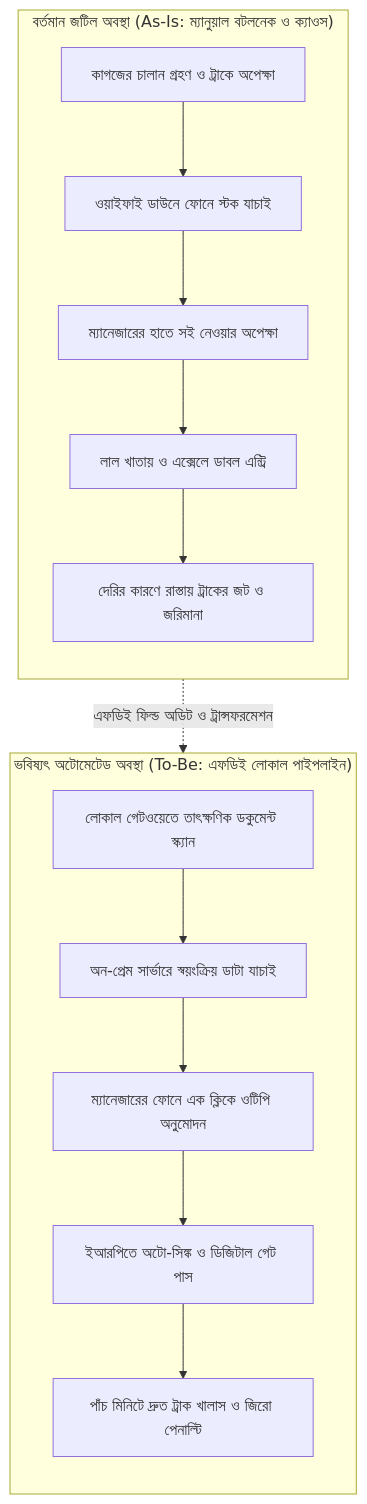
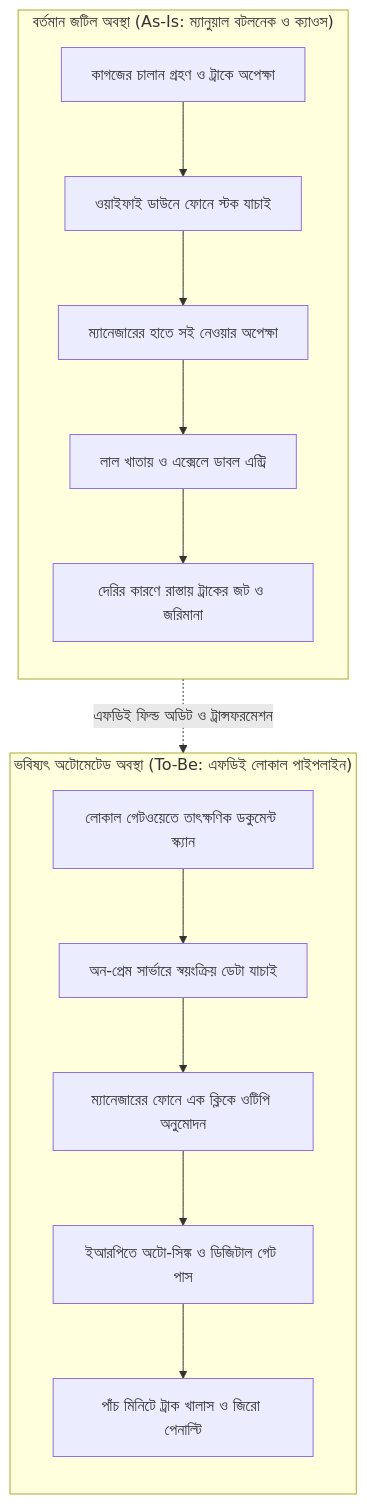
Before and after one commit to aiwithr/fde_book: the diagram in docs/chapter-1/index.md, drawn with Mermaid. The commit also changed other lines of this file and 1 other file, not shown here.

Commit message:
feat: complete Chapter 2 on local architecture and on-prem intelligence with Qwen 2.5 triage engine

````diff
--- a/docs/chapter-1/index.md
+++ b/docs/chapter-1/index.md
@@ -74,20 +70,20 @@
 ```mermaid
 flowchart TD
-    subgraph AsIs["বর্তমান জটিল অবস্থা (As-Is: ম্যানুয়াল বটলনেক ও ক্যাওস)"]
+    subgraph AsIs["বর্তমান জটিল অবস্থা (As-Is: ম্যানুয়াল বটলনেক ও ক্যাওস)"]
         direction TB
-        A1["কাগজের চালান গ্রহণ ও ট্রাকে অপেক্ষা"] --> A2["ওয়াইফাই ডাউনে ফোনে স্টক যাচাই"]
-        A2 --> A3["ম্যানেজারের হাতে সই নেওয়ার অপেক্ষা"]
-        A3 --> A4["লাল খাতায় ও এক্সেলে ডাবল এন্ট্রি"]
-        A4 --> A5["দেরির কারণে রাস্তায় ট্রাকের জট ও জরিমানা"]
+        A1["কাগজের চালান গ্রহণ ও ট্রাকে অপেক্ষা"] --> A2["ওয়াইফাই ডাউনে ফোনে স্টক যাচাই"]
+        A2 --> A3["ম্যানেজারের হাতে সই নেওয়ার অপেক্ষা"]
+        A3 --> A4["লাল খাতায় ও এক্সেলে ডাবল এন্ট্রি"]
+        A4 --> A5["দেরির কারণে রাস্তায় ট্রাকের জট ও জরিমানা"]
     end
 
     subgraph ToBe["ভবিষ্যৎ অটোমেটেড অবস্থা (To-Be: এফডিই লোকাল পাইপলাইন)"]
         direction TB
-        B1["লোকাল গেটওয়েতে তাৎক্ষণিক ডকুমেন্ট স্ক্যান"] --> B2["অন-প্রেম সার্ভারে স্বয়ংক্রিয় ডাটা যাচাই"]
+        B1["লোকাল গেটওয়েতে তাৎক্ষণিক ডকুমেন্ট স্ক্যান"] --> B2["অন-প্রেম সার্ভারে স্বয়ংক্রিয় ডেটা যাচাই"]
         B2 --> B3["ম্যানেজারের ফোনে এক ক্লিকে ওটিপি অনুমোদন"]
         B3 --> B4["ইআরপিতে অটো-সিঙ্ক ও ডিজিটাল গেট পাস"]
-        B4 --> B5["পাঁচ মিনিটে দ্রুত ট্রাক খালাস ও জিরো পেনাল্টি"]
+        B4 --> B5["পাঁচ মিনিটে ট্রাক খালাস ও জিরো পেনাল্টি"]
     end
 
     AsIs -.->|"এফডিই ফিল্ড অডিট ও ট্রান্সফরমেশন"| ToBe
 ```
````
